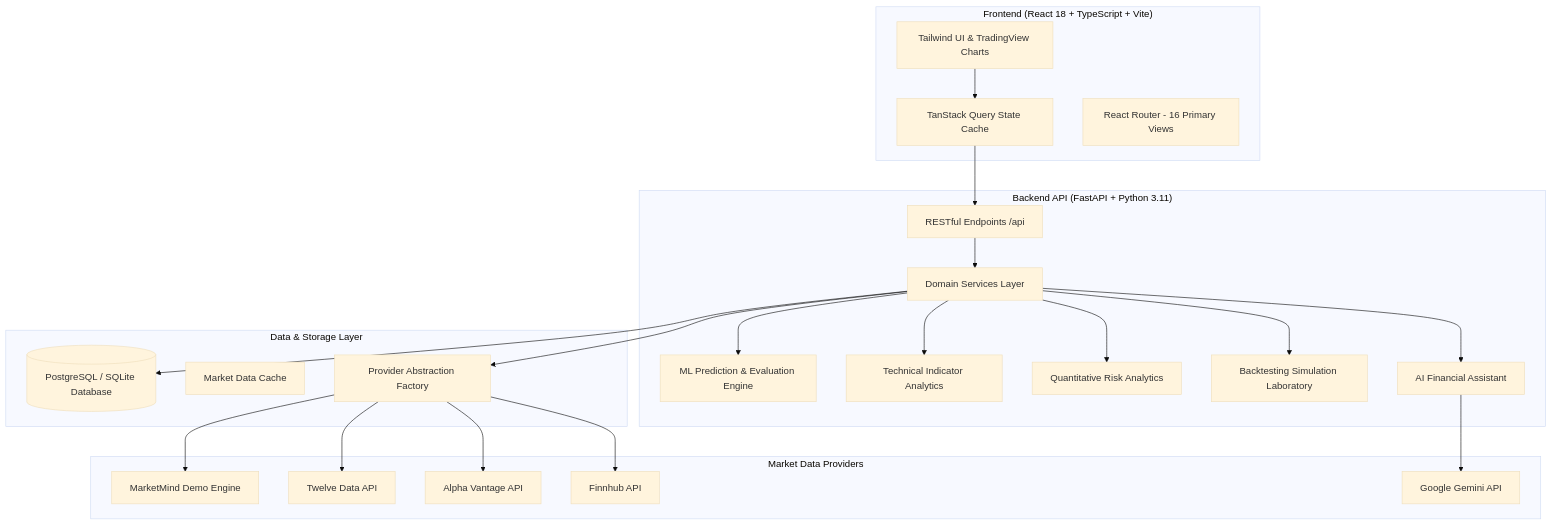
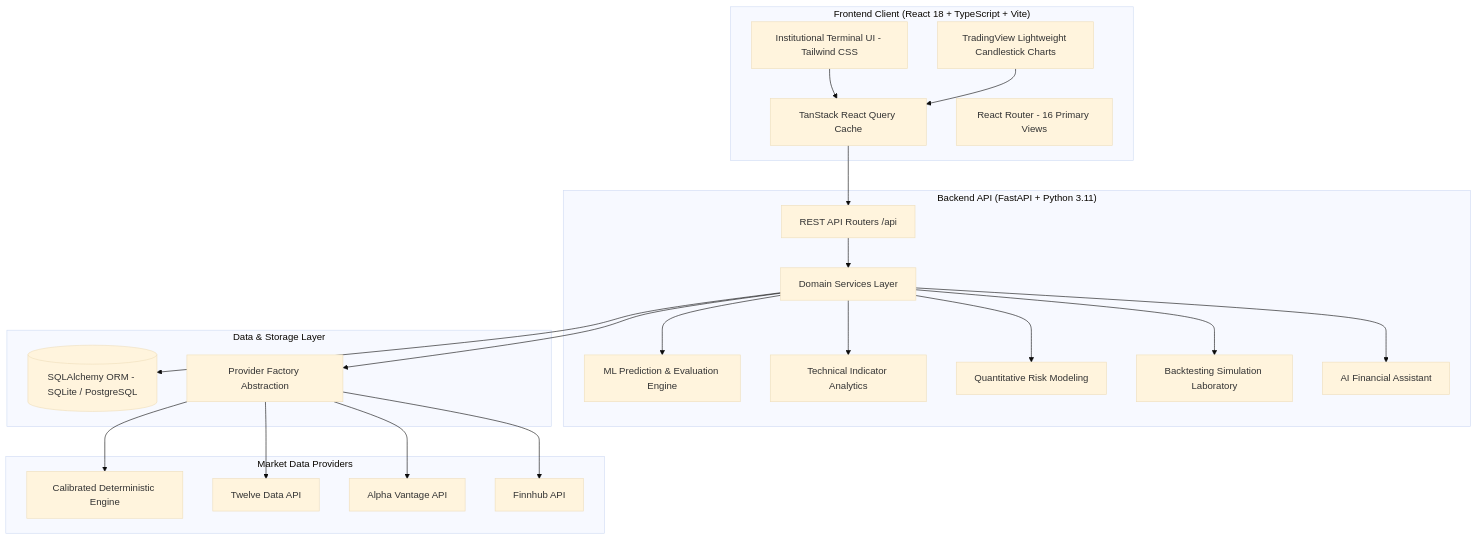
One commit to mohan2-hash/marketmind-Ai changed the diagram in README.md. Above: the diagram before and after it, drawn with Mermaid (base theme). The commit also changed other lines of this file, not shown here.

````diff
--- a/README.md
+++ b/README.md
@@ -56,48 +52,47 @@
 ```mermaid
 graph TD
-    subgraph Frontend ["Frontend (React 18 + TypeScript + Vite)"]
-        UI[Tailwind UI & TradingView Charts]
-        TQ[TanStack Query State Cache]
+    subgraph Client ["Frontend Client (React 18 + TypeScript + Vite)"]
+        UI[Institutional Terminal UI - Tailwind CSS]
+        TVC[TradingView Lightweight Candlestick Charts]
+        CACHE[TanStack React Query Cache]
         ROUTER[React Router - 16 Primary Views]
     end
 
-    subgraph Backend ["Backend API (FastAPI + Python 3.11)"]
-        API[RESTful Endpoints /api]
+    subgraph Server ["Backend API (FastAPI + Python 3.11)"]
+        ROUTERS[REST API Routers /api]
         SVC[Domain Services Layer]
         ML[ML Prediction & Evaluation Engine]
         TECH[Technical Indicator Analytics]
-        RISK[Quantitative Risk Analytics]
+        RISK[Quantitative Risk Modeling]
         BT[Backtesting Simulation Laboratory]
         ASST[AI Financial Assistant]
     end
 
-    subgraph DataLayer ["Data & Storage Layer"]
-        DB[(PostgreSQL / SQLite Database)]
-        CACHE[Market Data Cache]
-        PROV[Provider Abstraction Factory]
+    subgraph Data ["Data & Storage Layer"]
+        DB[(SQLAlchemy ORM - SQLite / PostgreSQL)]
+        FACTORY[Provider Factory Abstraction]
     end
 
-    subgraph ExternalProviders ["Market Data Providers"]
-        DEMO[MarketMind Demo Engine]
+    subgraph Providers ["Market Data Providers"]
+        DEMO[Calibrated Deterministic Engine]
         TD[Twelve Data API]
         AV[Alpha Vantage API]
         FH[Finnhub API]
-        GEMINI[Google Gemini API]
     end
 
-    UI --> TQ
-    TQ --> API
-    API --> SVC
+    UI --> CACHE
+    TVC --> CACHE
+    CACHE --> ROUTERS
+    ROUTERS --> SVC
     SVC --> ML
     SVC --> TECH
     SVC --> RISK
     SVC --> BT
     SVC --> ASST
     SVC --> DB
-    SVC --> PROV
-    PROV --> DEMO
-    PROV --> TD
-    PROV --> AV
-    PROV --> FH
-    ASST --> GEMINI
+    SVC --> FACTORY
+    FACTORY --> DEMO
+    FACTORY --> TD
+    FACTORY --> AV
+    FACTORY --> FH
 ```
````
